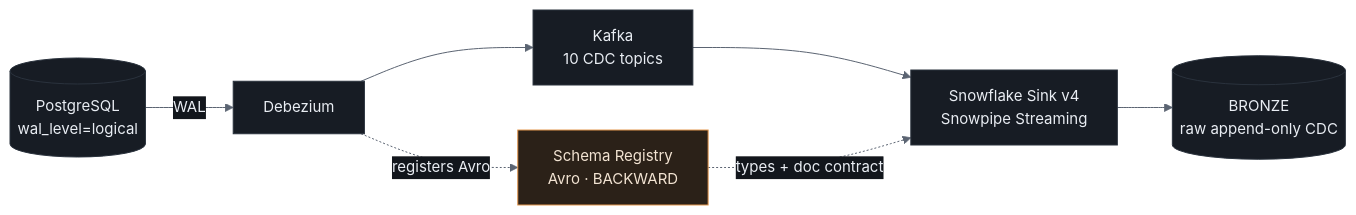
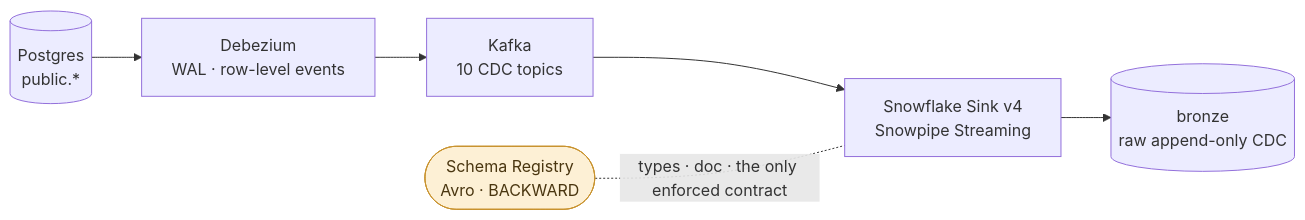
The first of 3 diagrams in README.md (christiandrocha/sdd-kafka-snowflake-2), drawn with Mermaid before and after one commit. The commit also changed other lines of this file and 4 other files, not shown here.

First line of the commit message:
docs: wrong diagram style -- it was uc-analytics's, not brief-spec's

````diff
--- a/README.md
+++ b/README.md
@@ -171,17 +164,9 @@
 ```mermaid
-%%{init: {'theme':'base','themeVariables':{'primaryColor':'#171c24','primaryTextColor':'#e9edf3','primaryBorderColor':'#2a323d','lineColor':'#5b6472','secondaryColor':'#1f2630','tertiaryColor':'#2a323d','background':'#12161c','mainBkg':'#171c24','nodeBorder':'#2a323d','titleColor':'#e9edf3','edgeLabelBackground':'#12161c','fontSize':'15px'},'flowchart':{'diagramPadding':18,'nodeSpacing':45,'rankSpacing':55}}}%%
-flowchart LR
-    PG[("PostgreSQL<br/>wal_level=logical")] -->|WAL| DBZ["Debezium"]
-    DBZ --> KAF["Kafka<br/>10 CDC topics"]
-    KAF --> SINK["Snowflake Sink v4<br/>Snowpipe Streaming"]
-    SINK --> BRZ[("BRONZE<br/>raw append-only CDC")]
-    DBZ -.->|"registers Avro"| SR["Schema Registry<br/>Avro · BACKWARD"]
-    SR -.->|"types + doc contract"| SINK
-
-    style PG fill:#171c24,stroke:#2a323d,color:#e9edf3
-    style DBZ fill:#171c24,stroke:#2a323d,color:#e9edf3
-    style KAF fill:#171c24,stroke:#2a323d,color:#e9edf3
-    style SINK fill:#171c24,stroke:#2a323d,color:#e9edf3
-    style BRZ fill:#171c24,stroke:#2a323d,color:#e9edf3
-    style SR fill:#2b2118,stroke:#e3974e,color:#f2e3d2
+graph LR
+    P[(Postgres<br/>public.*)] --> DBZ[Debezium<br/>WAL · row-level events]
+    DBZ --> K[Kafka<br/>10 CDC topics]
+    K --> S[Snowflake Sink v4<br/>Snowpipe Streaming]
+    S --> B[(bronze<br/>raw append-only CDC)]
+    SR([Schema Registry<br/>Avro · BACKWARD]):::contract -.types · doc · the only enforced contract.- S
+    classDef contract fill:#fdf0d5,stroke:#c8922e,color:#4a3610;
 ```
````
